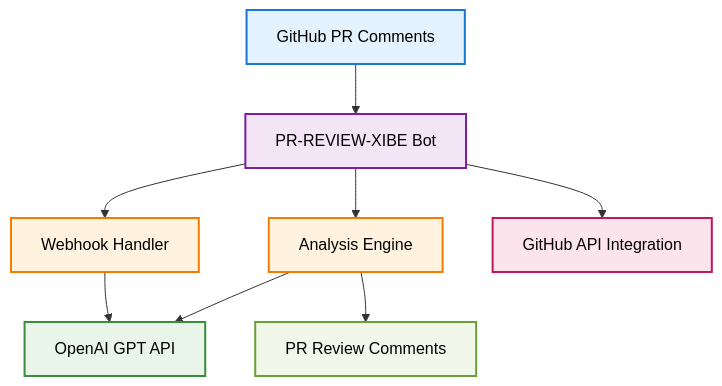
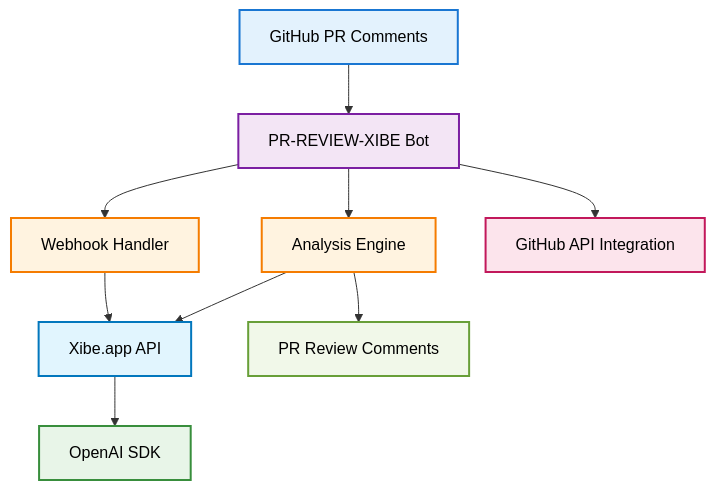
Before and after one commit to iotserver24/PR-REVIEW-XIBE: the diagram in README.md, drawn with Mermaid. The commit also changed 1 other file, not shown here.

Commit message:
Update .env.example and README.md to replace OpenAI API references with Xibe.app API, reflecting the new service endpoint and adjusting diagram styles for clarity.

````diff
--- a/README.md
+++ b/README.md
@@ -51,18 +51,20 @@
 ```mermaid
 graph TD
     A[GitHub PR Comments] --> B[PR-REVIEW-XIBE Bot]
     B --> C[Webhook Handler]
     B --> D[Analysis Engine]
-    C --> E[OpenAI GPT API]
+    C --> E[Xibe.app API]
     D --> E
-    B --> F[GitHub API Integration]
-    D --> G[PR Review Comments]
+    E --> F[OpenAI SDK]
+    B --> G[GitHub API Integration]
+    D --> H[PR Review Comments]
     
     style A fill:#e3f2fd,stroke:#1976d2,stroke-width:2px,color:#000
     style B fill:#f3e5f5,stroke:#7b1fa2,stroke-width:2px,color:#000
     style C fill:#fff3e0,stroke:#f57c00,stroke-width:2px,color:#000
     style D fill:#fff3e0,stroke:#f57c00,stroke-width:2px,color:#000
-    style E fill:#e8f5e8,stroke:#388e3c,stroke-width:2px,color:#000
-    style F fill:#fce4ec,stroke:#c2185b,stroke-width:2px,color:#000
-    style G fill:#f1f8e9,stroke:#689f38,stroke-width:2px,color:#000
+    style E fill:#e1f5fe,stroke:#0277bd,stroke-width:2px,color:#000
+    style F fill:#e8f5e8,stroke:#388e3c,stroke-width:2px,color:#000
+    style G fill:#fce4ec,stroke:#c2185b,stroke-width:2px,color:#000
+    style H fill:#f1f8e9,stroke:#689f38,stroke-width:2px,color:#000
 ```
````
